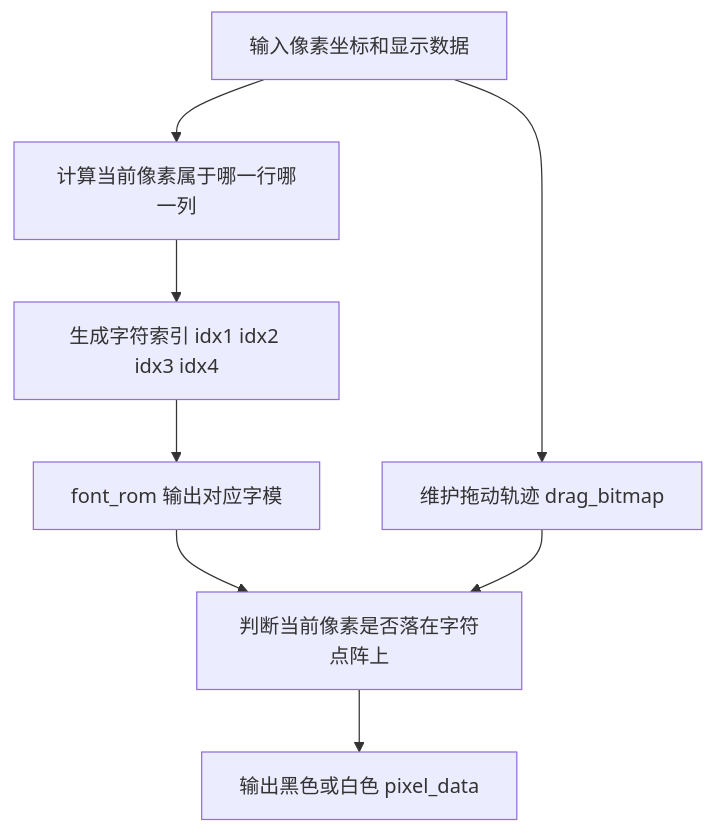
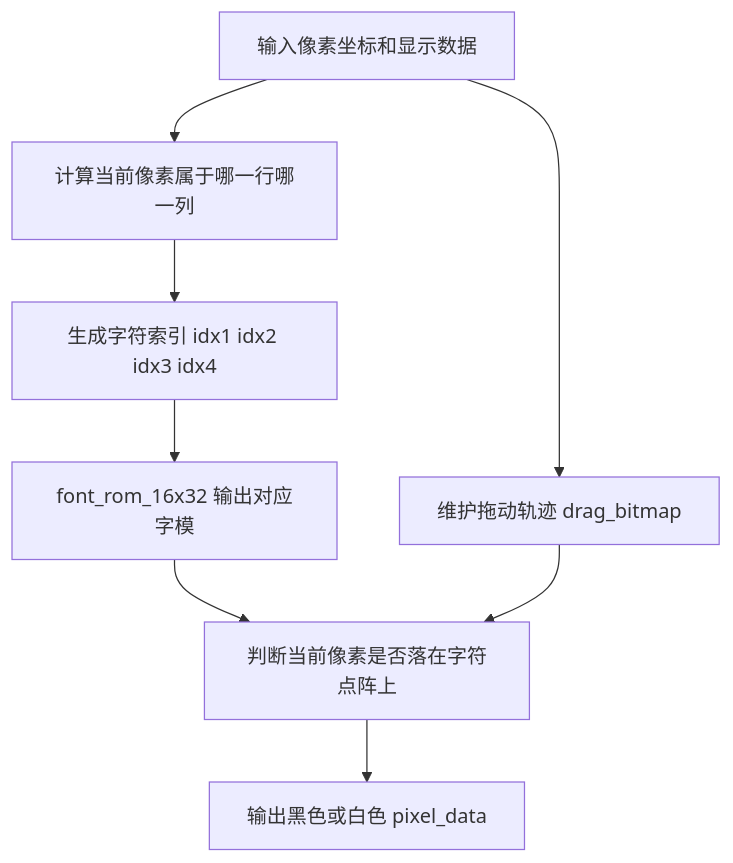
The sixth of 8 diagrams in FPGA/rtl/lcd/display/lcd.md (zhangtao3207/PQM), drawn with Mermaid before and after one commit. The commit also changed other lines of this file and 15 other files, not shown here.

````diff
--- a/FPGA/rtl/lcd/display/lcd.md
+++ b/FPGA/rtl/lcd/display/lcd.md
@@ -233,10 +233,10 @@
 ```mermaid
 flowchart TD
     A[输入像素坐标和显示数据] --> B[计算当前像素属于哪一行哪一列]
     B --> C[生成字符索引 idx1 idx2 idx3 idx4]
-    C --> D[font_rom 输出对应字模]
+    C --> D[font_rom_16x32 输出对应字模]
     A --> E[维护拖动轨迹 drag_bitmap]
     D --> F[判断当前像素是否落在字符点阵上]
     E --> F
     F --> G[输出黑色或白色 pixel_data]
 ```
````
